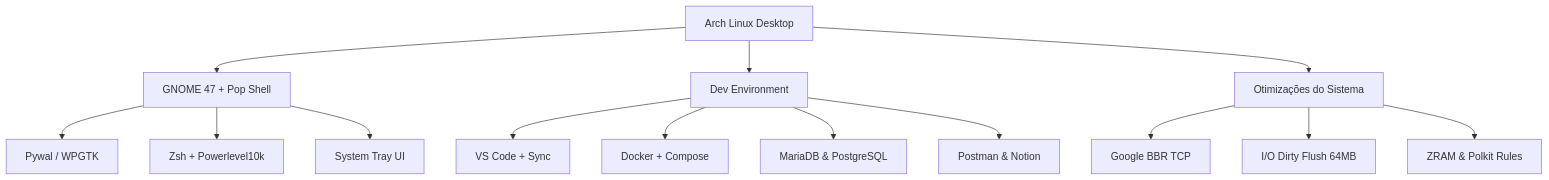
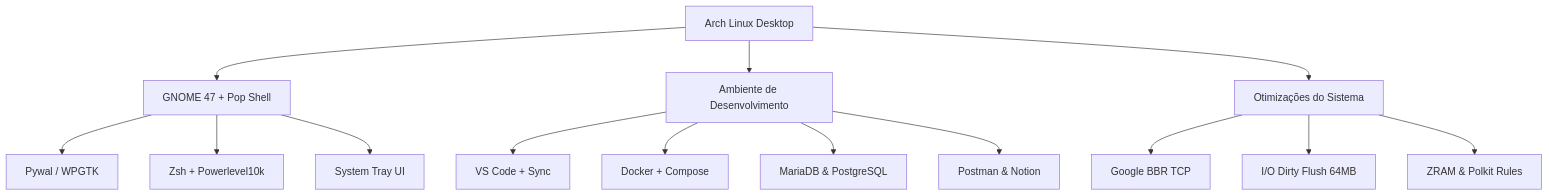
One commit to Viniciusulpicio/dotfiles-arch changed the diagram in README.md. Above: the diagram before and after it, drawn with Mermaid. The commit also changed other lines of this file, not shown here.

````diff
--- a/README.md
+++ b/README.md
@@ -90,19 +90,19 @@
 ```mermaid
 graph TD
     A[Arch Linux Desktop] --> B[GNOME 47 + Pop Shell]
-    A --> C[Dev Environment]
+    A --> C[Ambiente de Desenvolvimento]
     A --> D[Otimizações do Sistema]
     
     B --> B1[Pywal / WPGTK]
     B --> B2[Zsh + Powerlevel10k]
     B --> B3[System Tray UI]
     
     C --> C1[VS Code + Sync]
     C --> C2[Docker + Compose]
     C --> C3[MariaDB & PostgreSQL]
     C --> C4[Postman & Notion]
     
     D --> D1[Google BBR TCP]
     D --> D2[I/O Dirty Flush 64MB]
     D --> D3[ZRAM & Polkit Rules]
 ```
````
